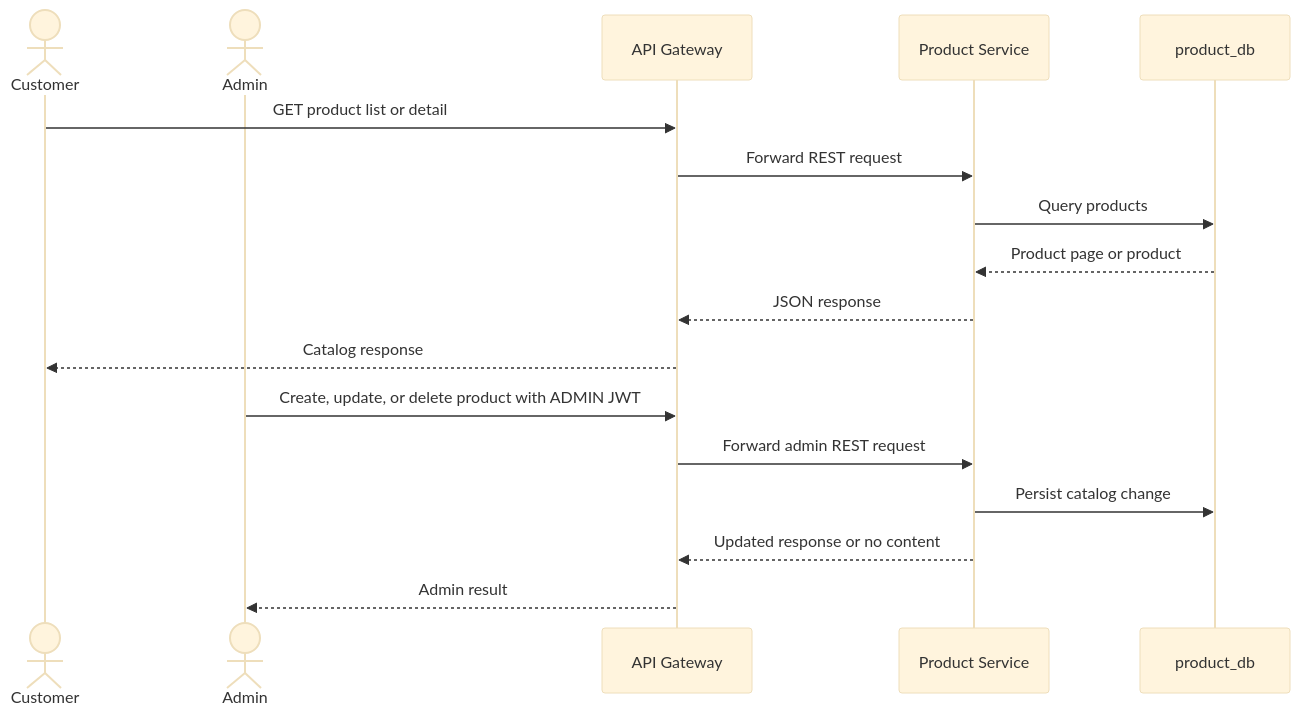
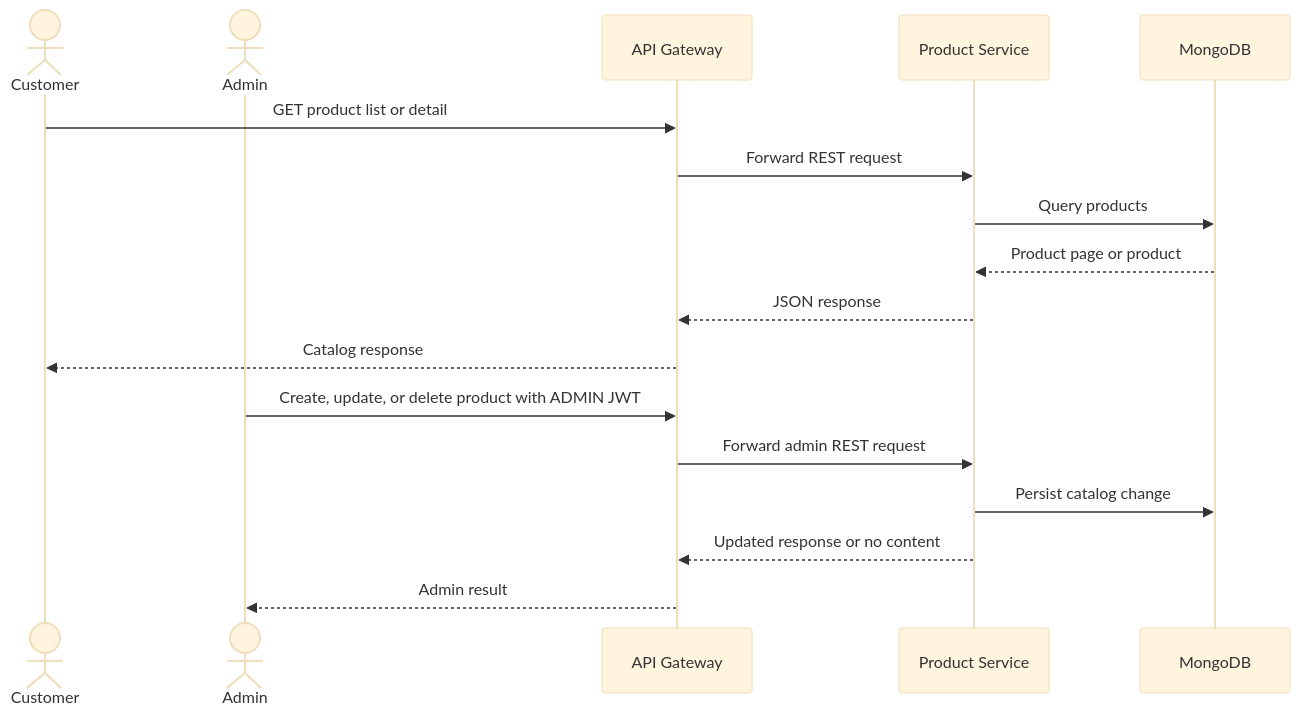
One commit to pepetibalaji/ecommerce-platform changed the first of 2 diagrams in docs/services/product-service.md. Above: the diagram before and after it, drawn with Mermaid (base theme). The commit also changed other lines of this file and 24 other files, not shown here.

Commit message:
feat(product-service): migrate catalog persistence to MongoDB with image URLs

````diff
--- a/docs/services/product-service.md
+++ b/docs/services/product-service.md
@@ -23,21 +23,21 @@
 ```mermaid
 sequenceDiagram
     actor Customer
     actor Admin
     participant Gateway as API Gateway
     participant Product as Product Service
-    participant Database as product_db
+    participant Database as MongoDB
 
     Customer->>Gateway: GET product list or detail
     Gateway->>Product: Forward REST request
     Product->>Database: Query products
     Database-->>Product: Product page or product
     Product-->>Gateway: JSON response
     Gateway-->>Customer: Catalog response
 
     Admin->>Gateway: Create, update, or delete product with ADMIN JWT
     Gateway->>Product: Forward admin REST request
     Product->>Database: Persist catalog change
     Product-->>Gateway: Updated response or no content
     Gateway-->>Admin: Admin result
 ```
````
